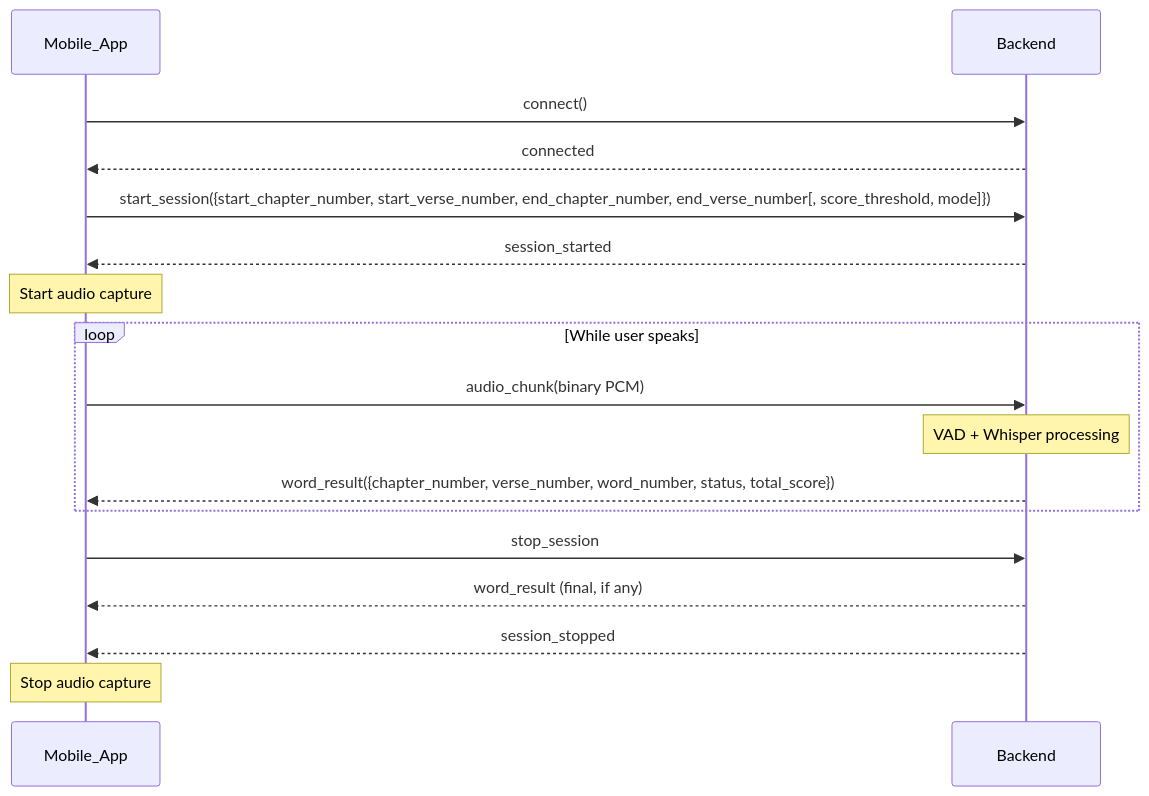
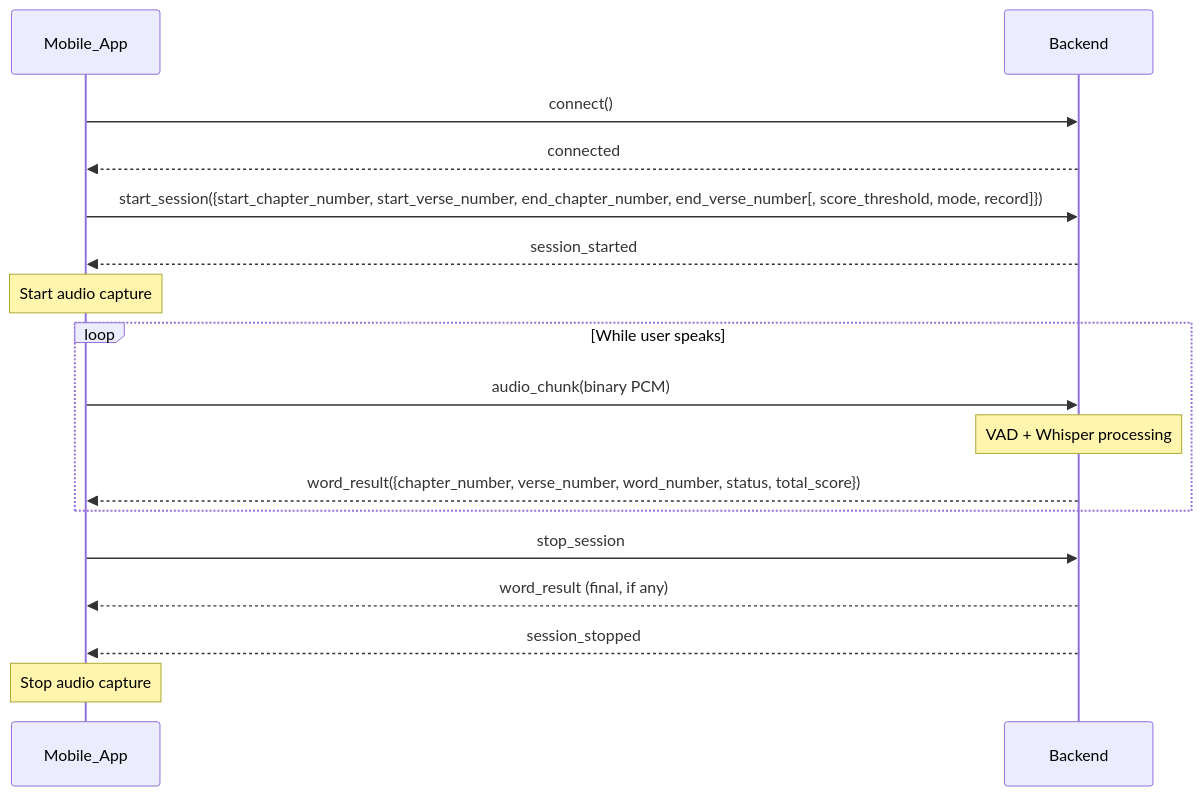
Before and after one commit to basemkhirat/pyquran2: the first of 9 diagrams in guide/reference/sequence-diagram.md, drawn with Mermaid. The commit also changed 41 other files, not shown here.

````diff
--- a/guide/reference/sequence-diagram.md
+++ b/guide/reference/sequence-diagram.md
@@ -9,25 +9,25 @@
 ```mermaid
 sequenceDiagram
     participant App as Mobile_App
     participant Server as Backend
 
     App->>Server: connect()
     Server-->>App: connected
 
-    App->>Server: start_session({start_chapter_number, start_verse_number, end_chapter_number, end_verse_number[, score_threshold, mode]})
+    App->>Server: start_session({start_chapter_number, start_verse_number, end_chapter_number, end_verse_number[, score_threshold, mode, record]})
     Server-->>App: session_started
 
     Note over App: Start audio capture
 
     loop While user speaks
         App->>Server: audio_chunk(binary PCM)
         Note over Server: VAD + Whisper processing
         Server-->>App: word_result({chapter_number, verse_number, word_number, status, total_score})
     end
 
     App->>Server: stop_session
     Server-->>App: word_result (final, if any)
     Server-->>App: session_stopped
 
     Note over App: Stop audio capture
 ```
````
